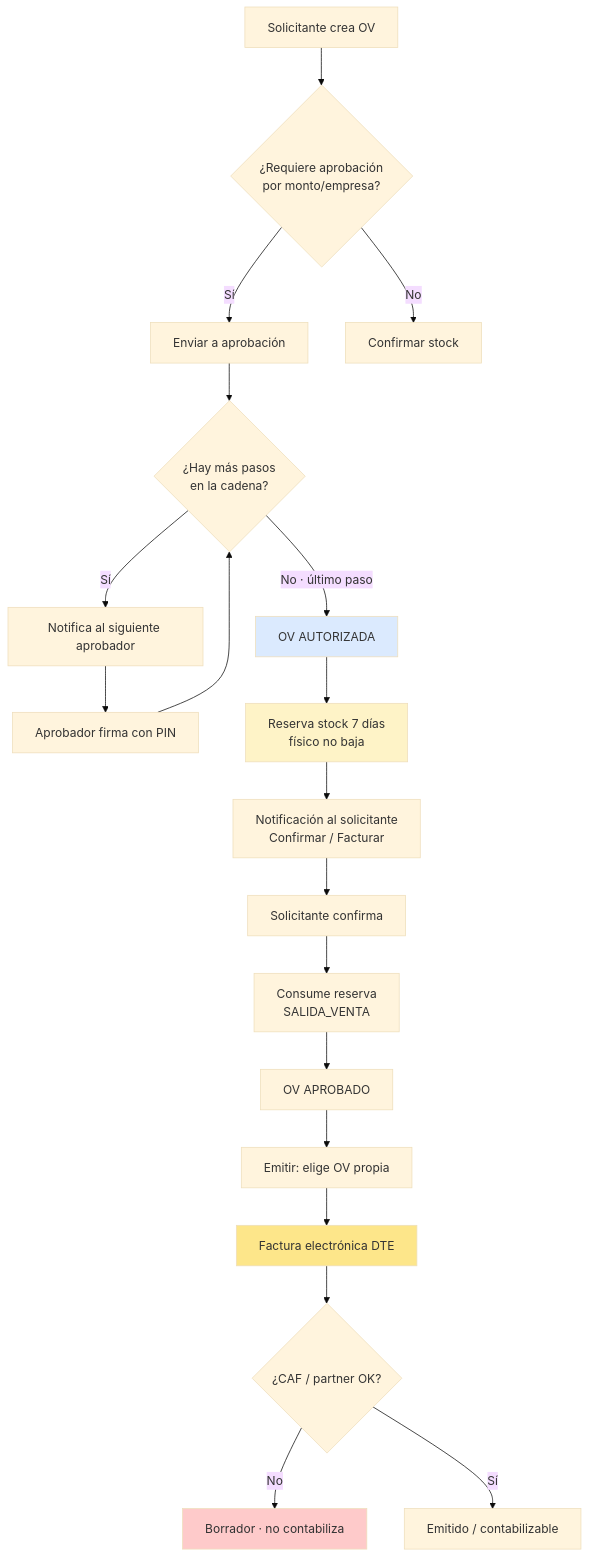
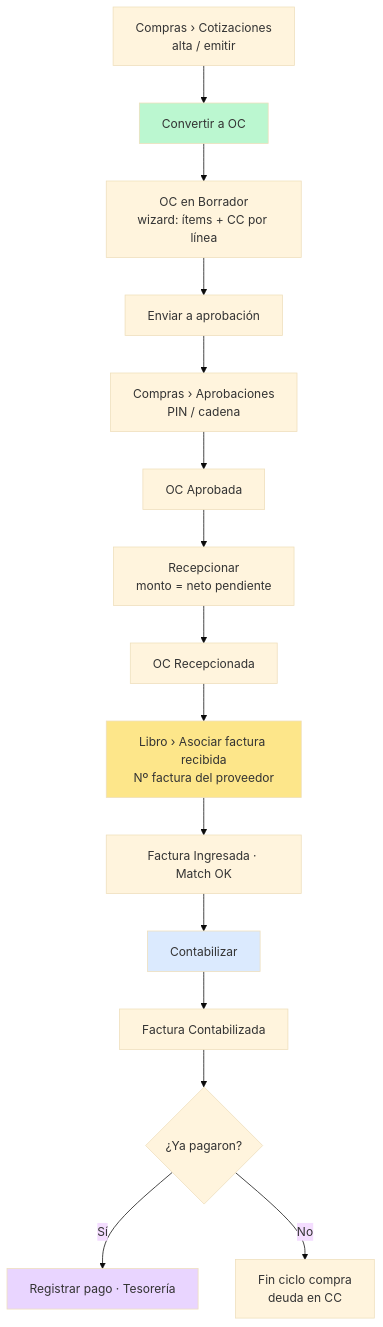
Before and after one commit to cvallejosdevint/ERP_Almahue-Gantt: the first of 2 diagrams in docs/erp-planificacion/agrosoft-levantamiento/diagramas-flujos-ventas-compras-2026-08-20.md, drawn with Mermaid (base theme). The commit also changed other lines of this file and 23 other files, not shown here.

First line of the commit message:
Documentar el corte del 21/08: aprobaciones solo Compras y organigrama de packing.

````diff
--- a/docs/erp-planificacion/agrosoft-levantamiento/diagramas-flujos-ventas-compras-2026-08-20.md
+++ b/docs/erp-planificacion/agrosoft-levantamiento/diagramas-flujos-ventas-compras-2026-08-20.md
@@ -11,26 +13,22 @@
 ```mermaid
 flowchart TD
-  A[Solicitante crea OV] --> B{¿Requiere aprobación<br/>por monto/empresa?}
-  B -->|Sí| C[Enviar a aprobación]
-  B -->|No| D[Confirmar stock]
-  C --> E{¿Hay más pasos<br/>en la cadena?}
-  E -->|Sí| F[Notifica al siguiente aprobador]
-  F --> G[Aprobador firma con PIN]
-  G --> E
-  E -->|No · último paso| H[OV AUTORIZADA]
-  H --> I[Reserva stock 7 días<br/>físico no baja]
-  I --> J[Notificación al solicitante<br/>Confirmar / Facturar]
-  J --> K[Solicitante confirma]
-  K --> L[Consume reserva<br/>SALIDA_VENTA]
-  L --> M[OV APROBADO]
-  M --> N[Emitir: elige OV propia]
-  N --> O[Factura electrónica DTE]
-  O --> P{¿CAF / partner OK?}
-  P -->|No| Q[Borrador · no contabiliza]
-  P -->|Sí| R[Emitido / contabilizable]
+  A[Compras › Cotizaciones<br/>alta / emitir] --> B[Convertir a OC]
+  B --> C[OC en Borrador<br/>wizard: ítems + CC por línea]
+  C --> D[Enviar a aprobación]
+  D --> E[Compras › Aprobaciones<br/>PIN / cadena]
+  E --> F[OC Aprobada]
+  F --> G[Recepcionar<br/>monto = neto pendiente]
+  G --> H[OC Recepcionada]
+  H --> I[Libro › Asociar factura recibida<br/>Nº factura del proveedor]
+  I --> J[Factura Ingresada · Match OK]
+  J --> K[Contabilizar]
+  K --> L[Factura Contabilizada]
+  L --> M{¿Ya pagaron?}
+  M -->|Sí| N[Registrar pago · Tesorería]
+  M -->|No| O[Fin ciclo compra<br/>deuda en CC]
 
-  style H fill:#dbeafe
-  style I fill:#fef3c7
-  style O fill:#fde68a
-  style Q fill:#fecaca
+  style B fill:#bbf7d0
+  style I fill:#fde68a
+  style K fill:#dbeafe
+  style N fill:#e9d5ff
 ```
````
